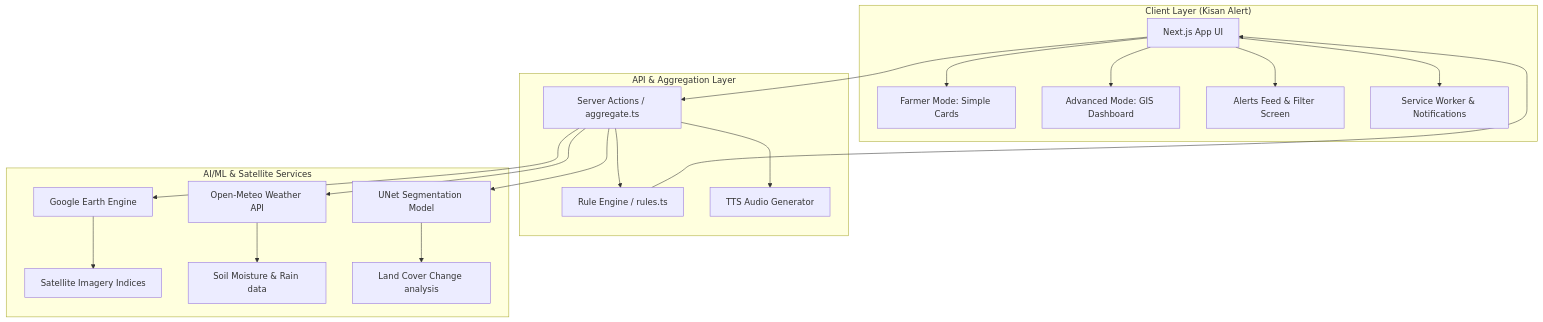
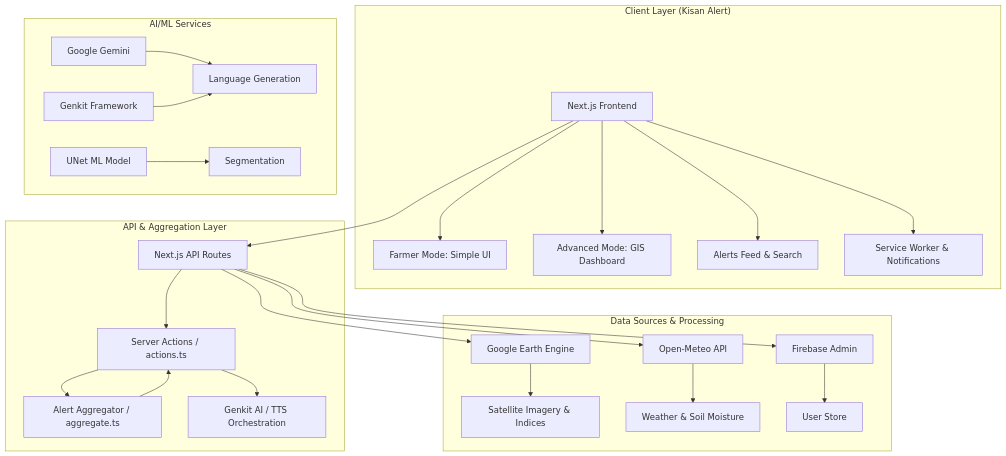
Before and after one commit to ArrinPaul/Kisan-Portal: the first of 3 diagrams in README.md, drawn with Mermaid. The commit also changed other lines of this file, not shown here.

````diff
--- a/README.md
+++ b/README.md
@@ -39,26 +72,33 @@
 ```mermaid
 graph TB
     subgraph "Client Layer (Kisan Alert)"
-        A[Next.js App UI] --> B[Farmer Mode: Simple Cards]
+        A[Next.js Frontend] --> B[Farmer Mode: Simple UI]
         A --> C[Advanced Mode: GIS Dashboard]
-        A --> D[Alerts Feed & Filter Screen]
+        A --> D[Alerts Feed & Search]
         A --> E[Service Worker & Notifications]
     end
 
     subgraph "API & Aggregation Layer"
-        F[Server Actions / aggregate.ts] --> G[Rule Engine / rules.ts]
-        F --> H[TTS Audio Generator]
+        F[Next.js API Routes] --> G[Server Actions / actions.ts]
+        G --> H[Alert Aggregator / aggregate.ts]
+        G --> I[Genkit AI / TTS Orchestration]
     end
 
-    subgraph "AI/ML & Satellite Services"
-        I[Google Earth Engine] --> J[Satellite Imagery Indices]
-        K[Open-Meteo Weather API] --> L[Soil Moisture & Rain data]
-        M[UNet Segmentation Model] --> N[Land Cover Change analysis]
+    subgraph "Data Sources & Processing"
+        J[Google Earth Engine] --> K[Satellite Imagery & Indices]
+        L[Open-Meteo API] --> M[Weather & Soil Moisture]
+        N[Firebase Admin] --> O[User Store]
+    end
+
+    subgraph "AI/ML Services"
+        P[Google Gemini] --> Q[Language Generation]
+        R[Genkit Framework] --> Q
+        S[UNet ML Model] --> T[Segmentation]
     end
 
     A --> F
-    F --> K
-    F --> I
-    F --> M
-    G --> A
+    F --> J
+    F --> L
+    F --> N
+    H --> G
 ```
````
